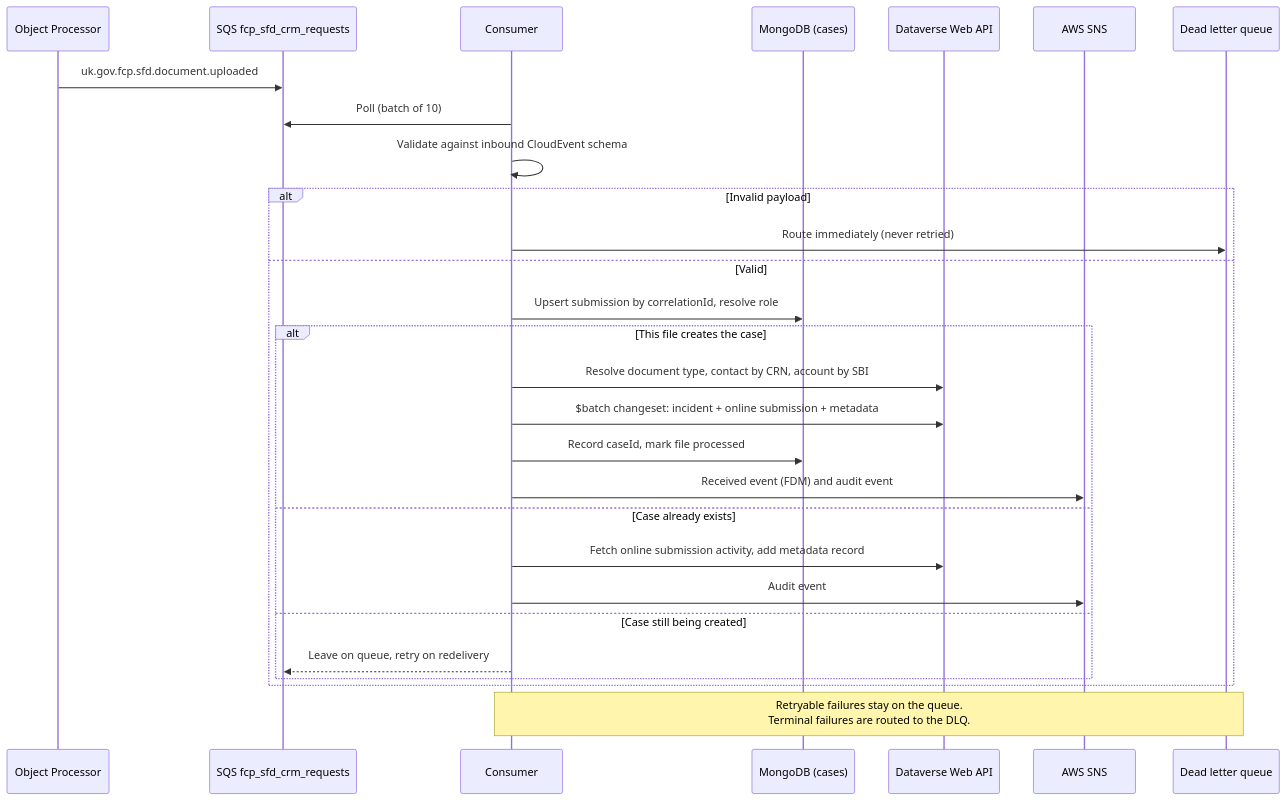
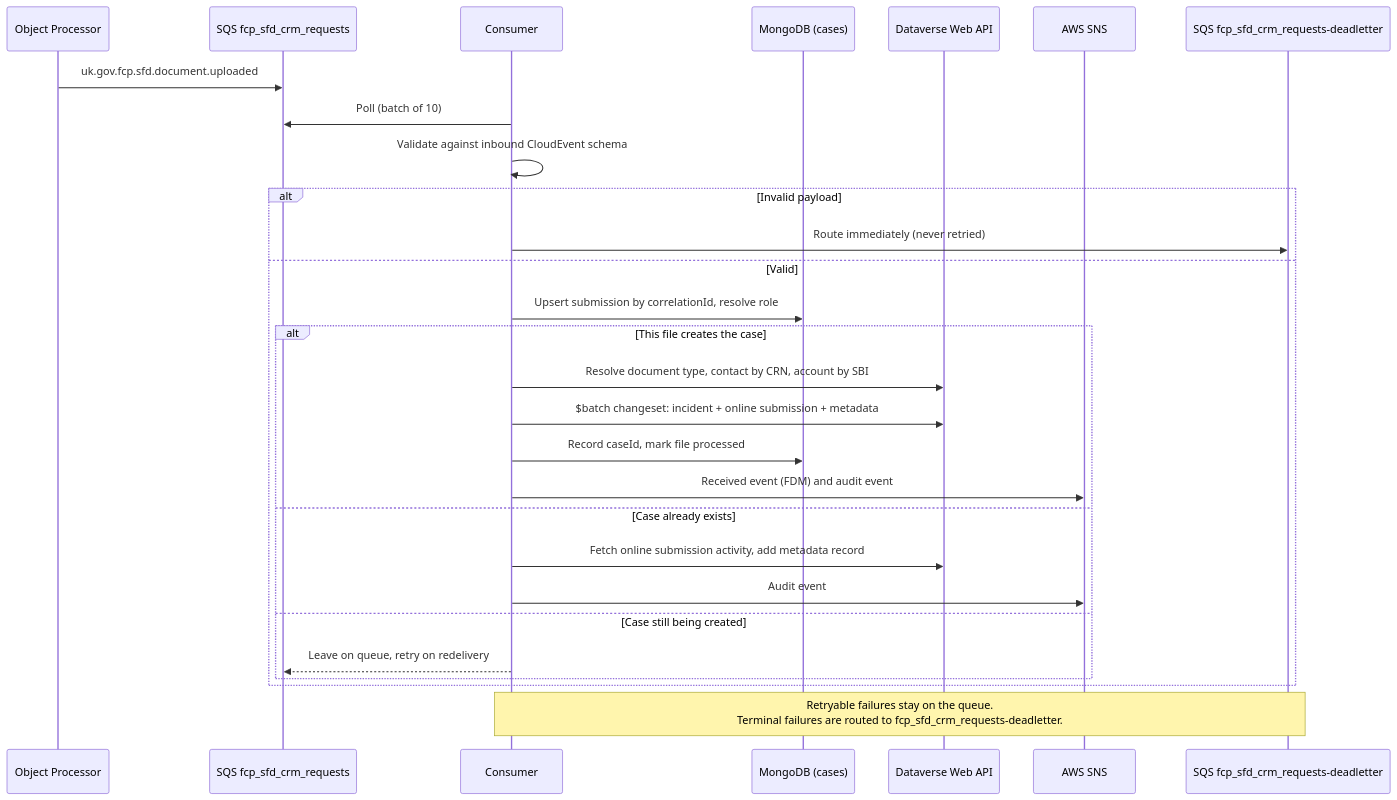
The first of 2 diagrams in README.md (DEFRA/fcp-sfd-crm), drawn with Mermaid before and after one commit. The commit also changed other lines of this file and 3 other files, not shown here.

First line of the commit message:
fix(#fls1-69): require non-empty dead letter queue URLs and name each queue in the README #patch (#246)

````diff
--- a/README.md
+++ b/README.md
@@ -21,31 +21,31 @@
 ```mermaid
 sequenceDiagram
     participant OP as Object Processor
     participant Q as SQS fcp_sfd_crm_requests
     participant C as Consumer
     participant DB as MongoDB (cases)
     participant CRM as Dataverse Web API
     participant SNS as AWS SNS
-    participant DLQ as Dead letter queue
+    participant DLQ as SQS fcp_sfd_crm_requests-deadletter
 
     OP->>Q: uk.gov.fcp.sfd.document.uploaded
     C->>Q: Poll (batch of 10)
     C->>C: Validate against inbound CloudEvent schema
     alt Invalid payload
         C->>DLQ: Route immediately (never retried)
     else Valid
         C->>DB: Upsert submission by correlationId, resolve role
         alt This file creates the case
             C->>CRM: Resolve document type, contact by CRN, account by SBI
             C->>CRM: $batch changeset: incident + online submission + metadata
             C->>DB: Record caseId, mark file processed
             C->>SNS: Received event (FDM) and audit event
         else Case already exists
             C->>CRM: Fetch online submission activity, add metadata record
             C->>SNS: Audit event
         else Case still being created
             C-->>Q: Leave on queue, retry on redelivery
         end
     end
-    Note over C,DLQ: Retryable failures stay on the queue.<br/>Terminal failures are routed to the DLQ.
+    Note over C,DLQ: Retryable failures stay on the queue.<br/>Terminal failures are routed to fcp_sfd_crm_requests-deadletter.
 ```
````
